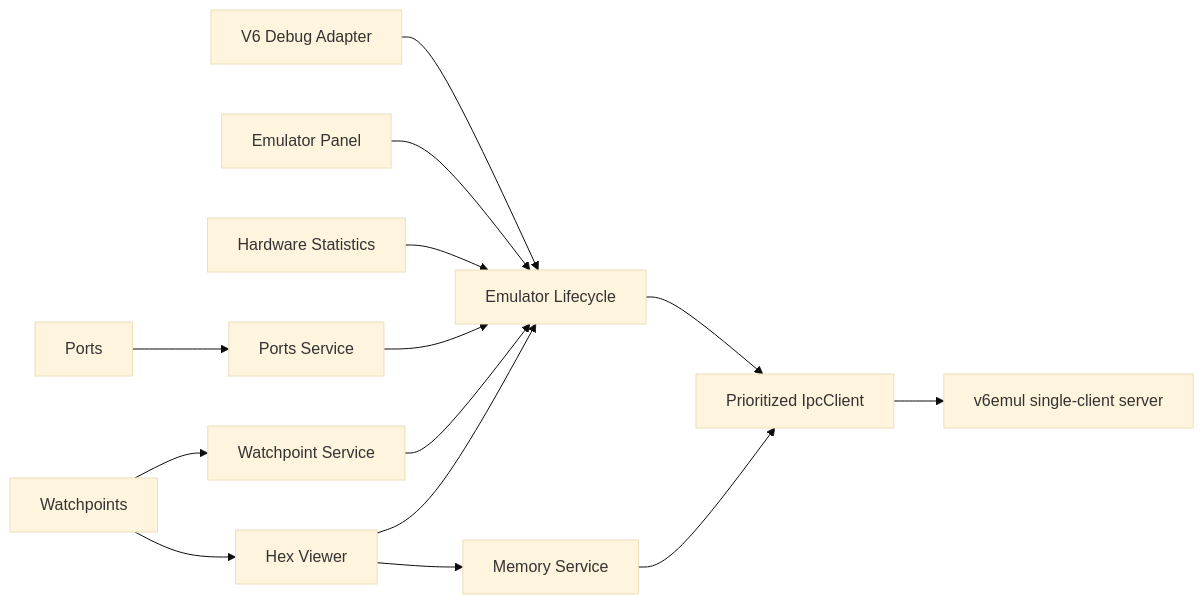
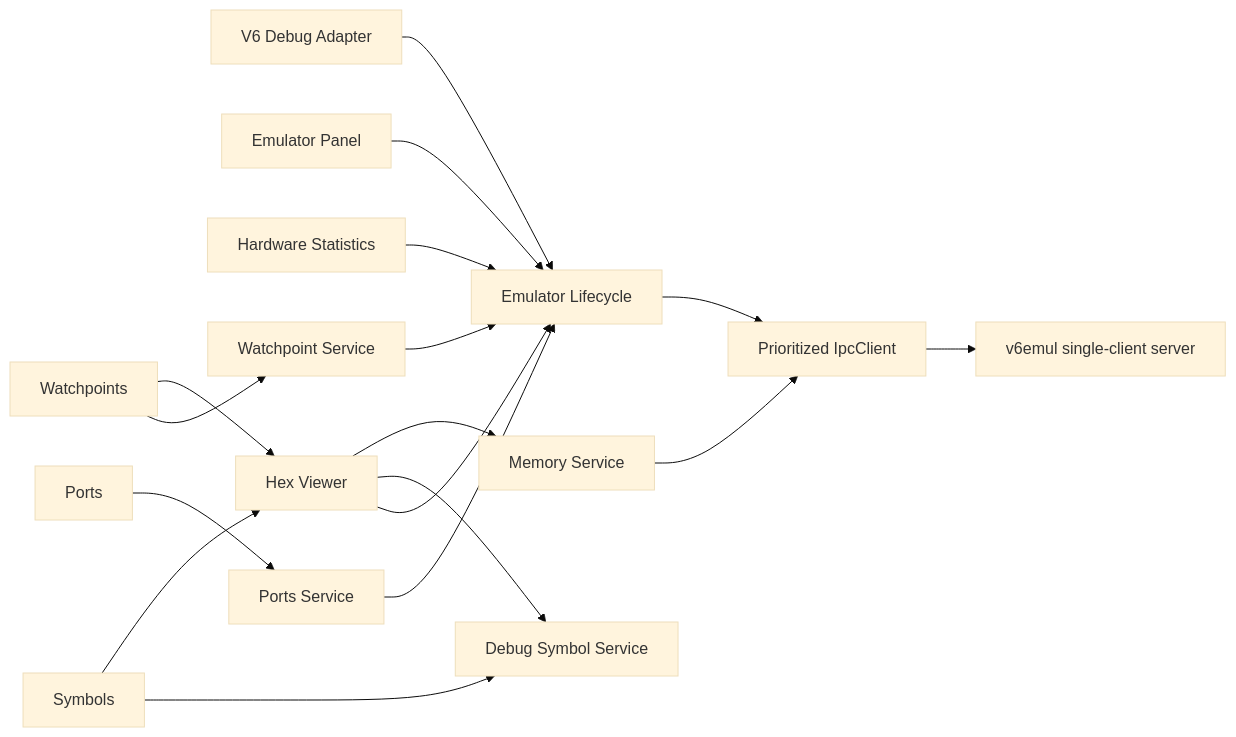
One commit to parallelno/v6vscode changed the diagram in docs/architecture.md. Above: the diagram before and after it, drawn with Mermaid (base theme). The commit also changed other lines of this file and 31 other files, not shown here.

````diff
--- a/docs/architecture.md
+++ b/docs/architecture.md
@@ -29,16 +29,19 @@
 ```mermaid
 flowchart LR
 	DAP[V6 Debug Adapter] --> Lifecycle[Emulator Lifecycle]
 	Panel[Emulator Panel] --> Lifecycle
 	Stats[Hardware Statistics] --> Lifecycle
 	Ports[Ports] --> PortsService[Ports Service]
 	PortsService --> Lifecycle
 	Hex[Hex Viewer] --> Lifecycle
+	Symbols[Symbols] --> SymbolService[Debug Symbol Service]
+	Hex --> SymbolService
+	Symbols --> Hex
 	Watch[Watchpoints] --> WatchService[Watchpoint Service]
 	WatchService --> Lifecycle
 	Watch --> Hex
 	Hex --> Memory[Memory Service]
 	Memory --> Client
 	Lifecycle --> Client[Prioritized IpcClient]
 	Client --> Emulator[v6emul single-client server]
 ```
````
